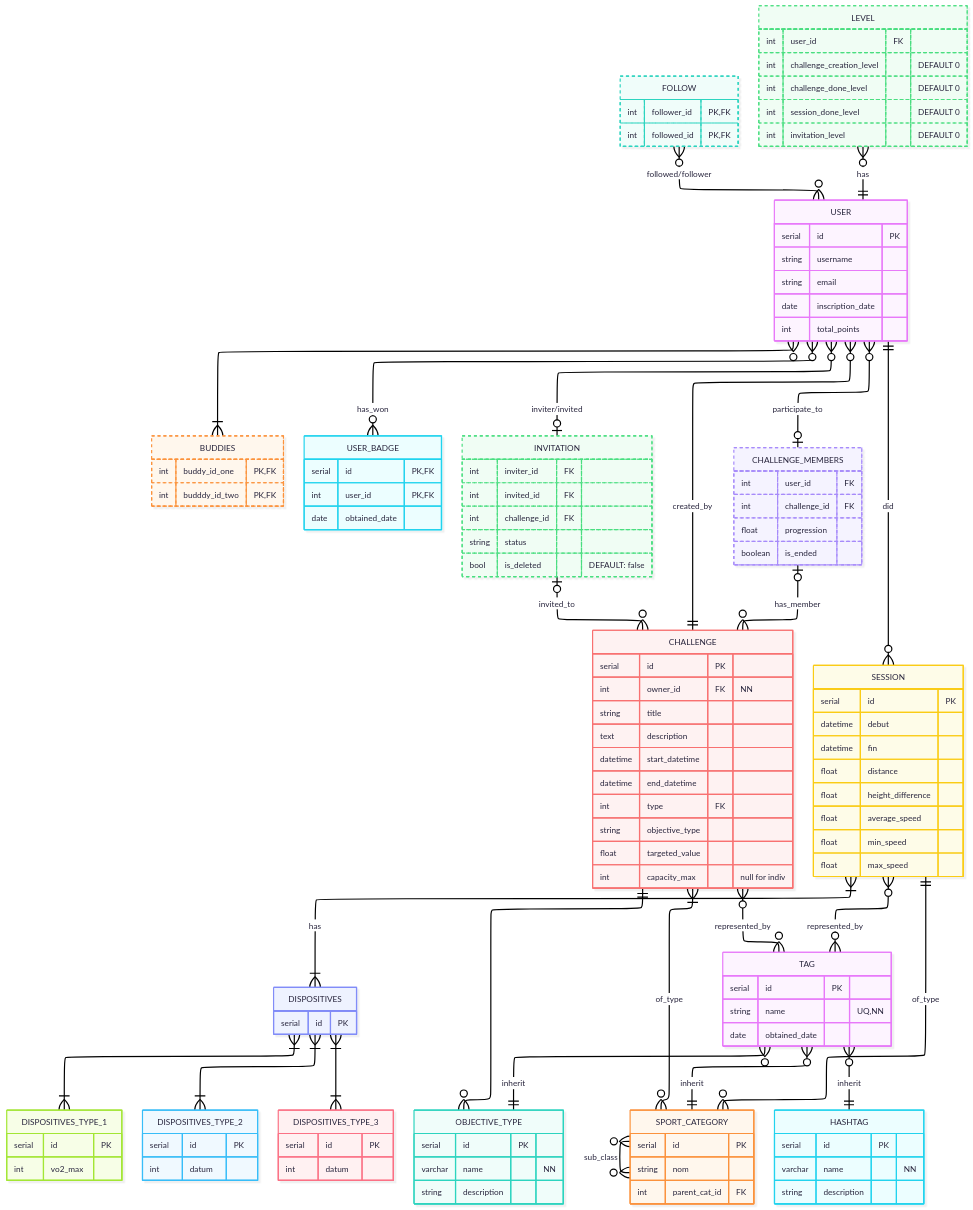
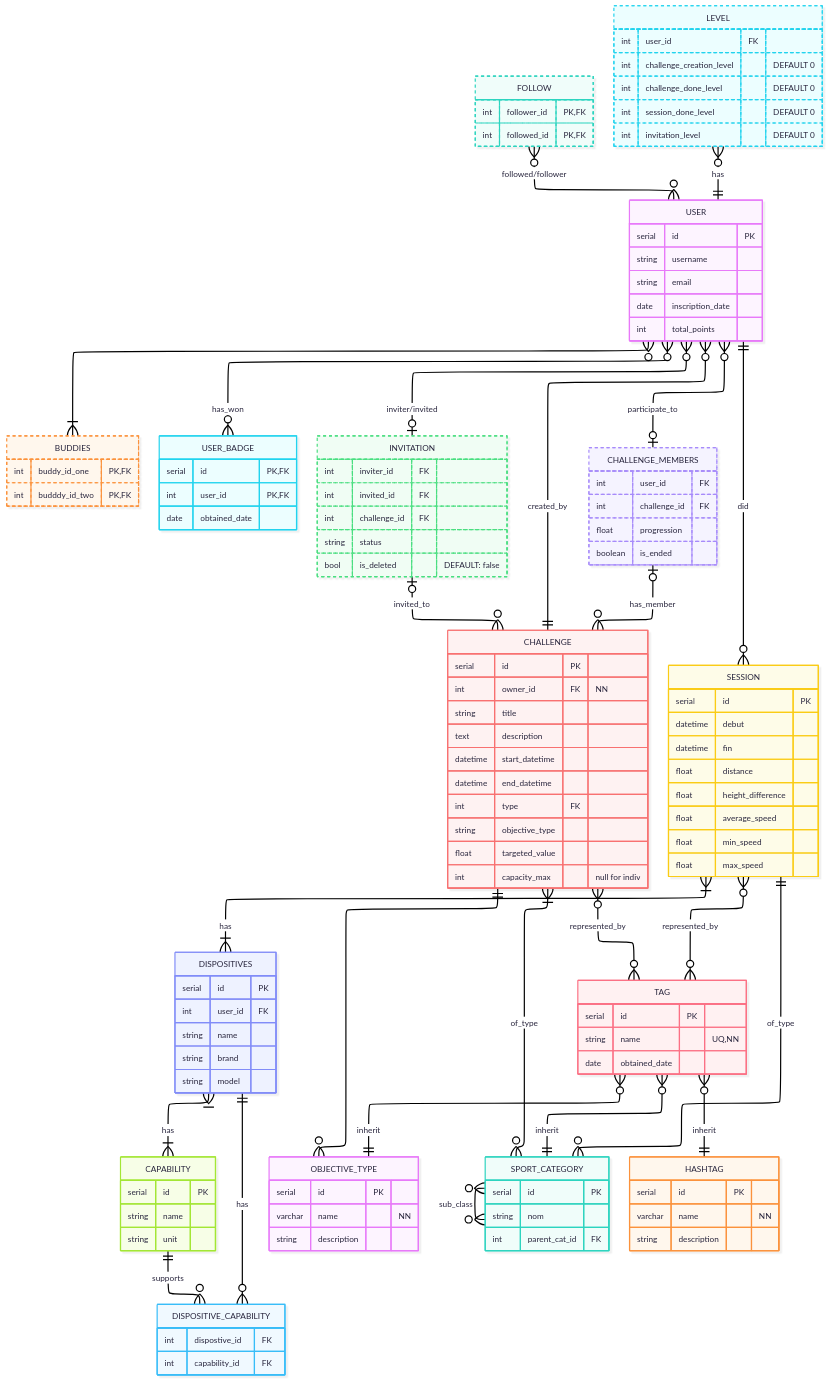
Before and after one commit to pax-projects/college-sql-project-2026: the diagram in diagram.mermaid, drawn with Mermaid.

Commit message:
feat - by Rahim: add dispositives

```diff
--- a/diagram.mermaid
+++ b/diagram.mermaid
@@ -1,159 +1,161 @@
 ---
 config:
   look: neo
   layout: elk
   theme: redux-color
 ---
 erDiagram
 	direction TB
 	USER {
 		serial id PK ""  
 		string username  ""  
 		string email  ""  
 		date inscription_date  ""  
 		int total_points  ""  
 	}
 
 	FOLLOW {
 		int follower_id PK,FK ""  
 		int followed_id PK,FK ""  
 	}
 
 	BUDDIES {
 		int buddy_id_one PK,FK ""  
 		int budddy_id_two PK,FK ""  
 	}
 
 	USER_BADGE {
 		serial id PK,FK ""  
 		int user_id PK,FK ""  
 		date obtained_date  ""  
 	}
 
 	INVITATION {
 		int inviter_id FK ""  
 		int invited_id FK ""  
 		int challenge_id FK ""  
 		string status  ""  
 		bool is_deleted  "DEFAULT: false"  
 	}
 
 	CHALLENGE_MEMBERS {
 		int user_id FK ""  
 		int challenge_id FK ""  
 		float progression  ""  
 		boolean is_ended  ""  
 	}
-
+    
 	CHALLENGE {
 		serial id PK ""  
 		int owner_id FK "NN"  
 		string title  ""  
 		text description  ""  
 		datetime start_datetime  ""  
 		datetime end_datetime  ""  
 		int type FK ""  
 		string objective_type  ""  
 		float targeted_value  ""  
 		int capacity_max  "null for indiv"  
 	}
 
 	SESSION {
 		serial id PK ""  
 		datetime debut  ""  
 		datetime fin  ""  
 		float distance  ""  
 		float height_difference  ""  
 		float average_speed  ""  
 		float min_speed  ""  
 		float max_speed  ""  
 	}
 
-	DISPOSITIVES {
-		serial id PK ""  
-	}
 
-	DISPOSITIVES_TYPE_1 {
-		serial id PK ""  
-		int vo2_max  ""  
-	}
+    DISPOSITIVES {
+        serial id PK ""
+        int user_id FK ""
+        string name ""
+        string brand ""
+        string model ""
+    }
 
-	DISPOSITIVES_TYPE_2 {
-		serial id PK ""  
-		int datum  ""  
-	}
+    CAPABILITY {
+        serial id PK ""
+        string name ""
+        string unit ""
+    }
 
-	DISPOSITIVES_TYPE_3 {
-		serial id PK ""  
-		int datum  ""  
-	}
+    DISPOSITIVE_CAPABILITY {
+        int dispostive_id FK ""
+        int capability_id FK ""
+    }
 
 	TAG {
 		serial id PK ""  
 		string name  "UQ,NN"  
 		date obtained_date  ""  
 	}
 
 	OBJECTIVE_TYPE {
 		serial id PK ""  
 		varchar name  "NN"  
 		string description  ""  
 	}
 
 	SPORT_CATEGORY {
 		serial id PK ""  
 		string nom  ""  
 		int parent_cat_id FK ""  
 	}
 
 	HASHTAG {
 		serial id PK ""  
 		varchar name  "NN"  
 		string description  ""  
 	}
 
 	LEVEL {
 		int user_id FK ""  
 		int challenge_creation_level  "DEFAULT 0"  
 		int challenge_done_level  "DEFAULT 0"  
 		int session_done_level  "DEFAULT 0"  
 		int invitation_level  "DEFAULT 0"  
 	}
 
 	SPORT_CATEGORY}o--o{SPORT_CATEGORY:"sub_class"
 	CHALLENGE_MEMBERS|o--o{CHALLENGE:"has_member"
 	USER}o--o|INVITATION:"inviter/invited"
 	USER}o--o|CHALLENGE_MEMBERS:"participate_to"
 	USER||--o{SESSION:"did"
 	USER}o--||CHALLENGE:"created_by"
 	USER}o--o{USER_BADGE:"has_won"
 	USER}o--|{BUDDIES:"  "
 	INVITATION|o--o{CHALLENGE:"invited_to"
 	FOLLOW}o--o{USER:"followed/follower"
 	SESSION||--o{SPORT_CATEGORY:"of_type"
 	CHALLENGE}|--o{SPORT_CATEGORY:"of_type"
 	SESSION}o--o{TAG:"represented_by"
 	CHALLENGE}o--o{TAG:"represented_by"
 	CHALLENGE||--o{OBJECTIVE_TYPE:"  "
 	TAG}o--||OBJECTIVE_TYPE:"inherit"
 	TAG}o--||SPORT_CATEGORY:"inherit"
 	TAG}o--||HASHTAG:"inherit"
 	LEVEL}o--||USER:"has"
 	SESSION}|--|{DISPOSITIVES:"has"
-	DISPOSITIVES}|--|{DISPOSITIVES_TYPE_1:"  "
-	DISPOSITIVES}|--|{DISPOSITIVES_TYPE_2:"  "
-	DISPOSITIVES}|--|{DISPOSITIVES_TYPE_3:"  "
+	DISPOSITIVES}|--|{CAPABILITY:"has"
+    DISPOSITIVES ||--o{ DISPOSITIVE_CAPABILITY : "has"
+    CAPABILITY ||--o{ DISPOSITIVE_CAPABILITY : "supports"
+
 
 	style FOLLOW ::::::::::::::::::::::::::::::::::::::::::::::::::::::stroke-width:4px,stroke-dasharray:5
 	style BUDDIES ::::::::::::::::::::::stroke-width:4px,stroke-dasharray:5
 
 	style INVITATION ::::::stroke-width:4px,stroke-dasharray:5
 	style CHALLENGE_MEMBERS :::::::::::::::::::::::::::::::::::::::::::::::::::::stroke-width:4px,stroke-dasharray:5
 
 	style LEVEL ::::::stroke-width:4px,stroke-dasharray:5
 
 	FOLLOW:::Ash
 	BUDDIES:::Ash
 	INVITATION:::Ash
 	CHALLENGE_MEMBERS:::Ash
 	LEVEL:::Ash
```
